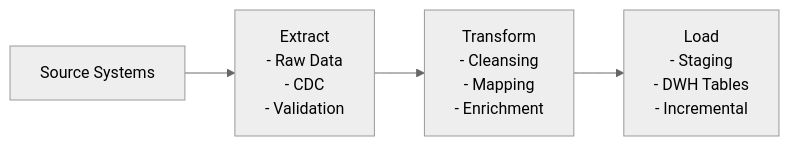
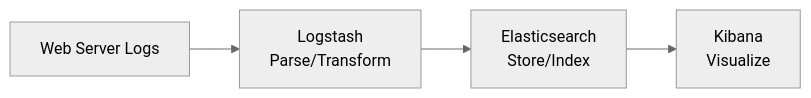
The fourth of 4 diagrams in 01-Notes/Learning/Data Warehouse.md (JieYanTIBCO/JackieKB), drawn with Mermaid (neutral theme) before and after one commit. The commit also changed other lines of this file and 13 other files, not shown here.

Commit message:
aws network flow chart

````diff
--- a/01-Notes/Learning/Data Warehouse.md
+++ b/01-Notes/Learning/Data Warehouse.md
@@ -253,6 +253,6 @@
 ```mermaid
 graph LR
-    A[Source Systems] --> B[Extract<br>- Raw Data<br>- CDC<br>- Validation]
-    B --> C[Transform<br>- Cleansing<br>- Mapping<br>- Enrichment]
-    C --> D[Load<br>- Staging<br>- DWH Tables<br>- Incremental]
+    A[Web Server Logs] --> B[Logstash<br>Parse/Transform]
+    B --> C[Elasticsearch<br>Store/Index]
+    C --> D[Kibana<br>Visualize]
 ```
````
